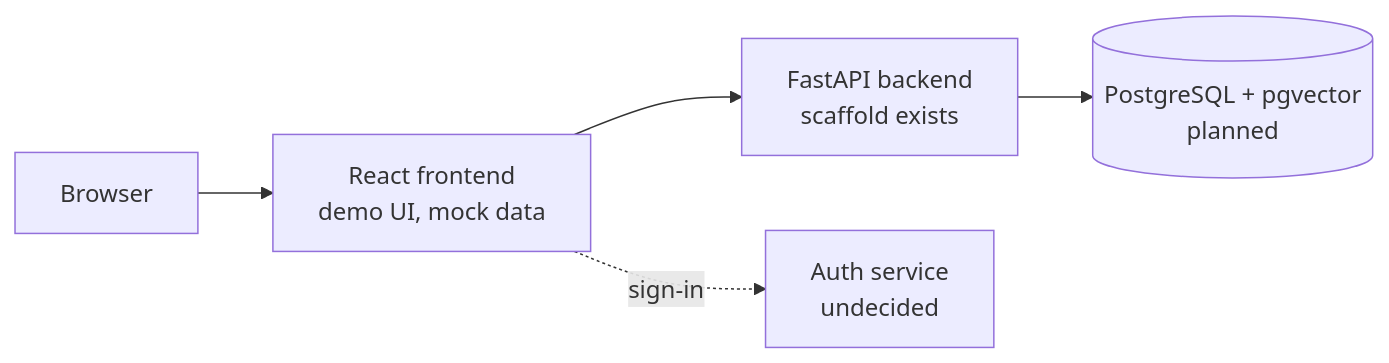
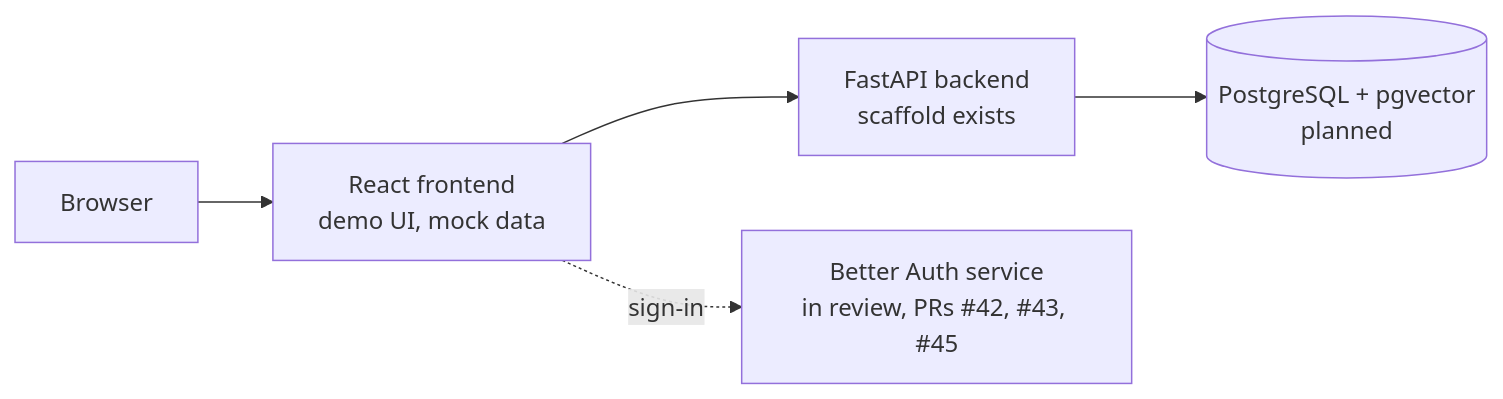
The second of 2 diagrams in docs/design.md (beaverlink/beaverlink), drawn with Mermaid before and after one commit. The commit also changed other lines of this file, not shown here.

First line of the commit message:
docs: record accepted auth decision and Vercel host in design.md

````diff
--- a/docs/design.md
+++ b/docs/design.md
@@ -28,7 +28,7 @@
 ```mermaid
 flowchart LR
   U[Browser] --> FE[React frontend<br/>demo UI, mock data]
   FE --> API[FastAPI backend<br/>scaffold exists]
   API --> DB[(PostgreSQL + pgvector<br/>planned)]
-  FE -.sign-in.-> AUTH[Auth service<br/>undecided]
+  FE -.sign-in.-> AUTH[Better Auth service<br/>in review, PRs #42, #43, #45]
 ```
````
